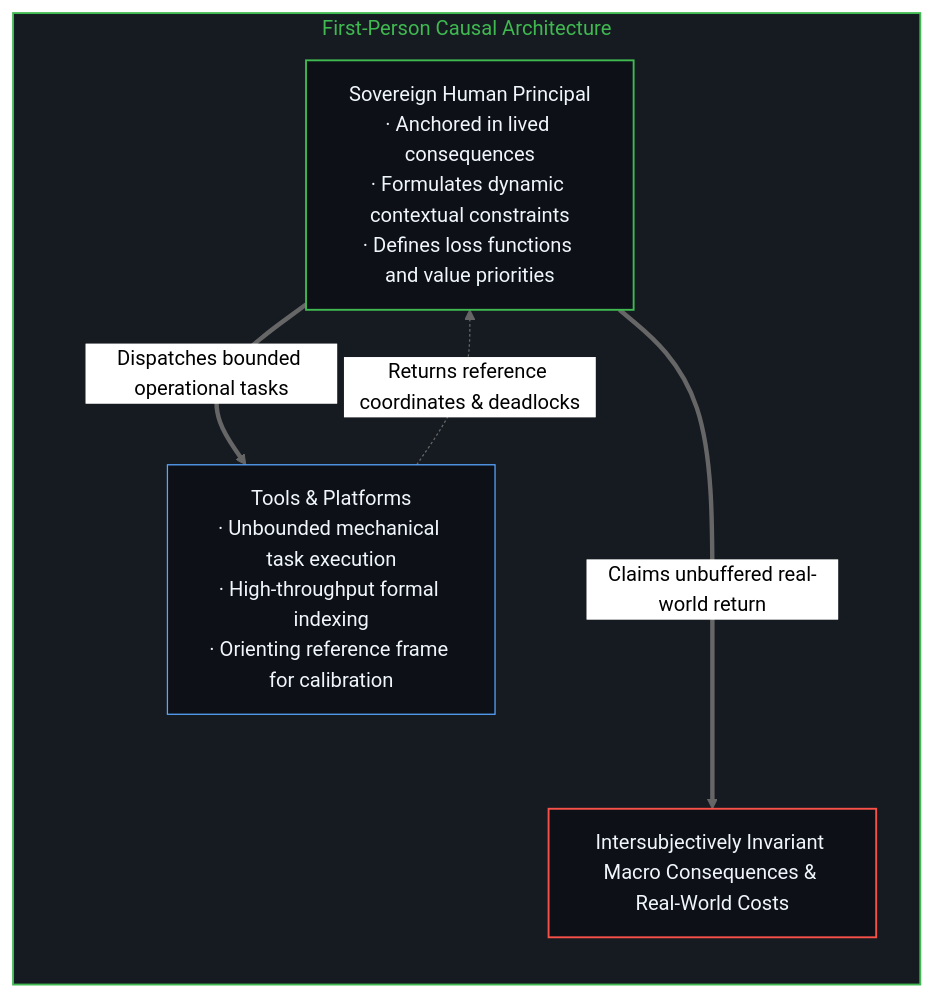
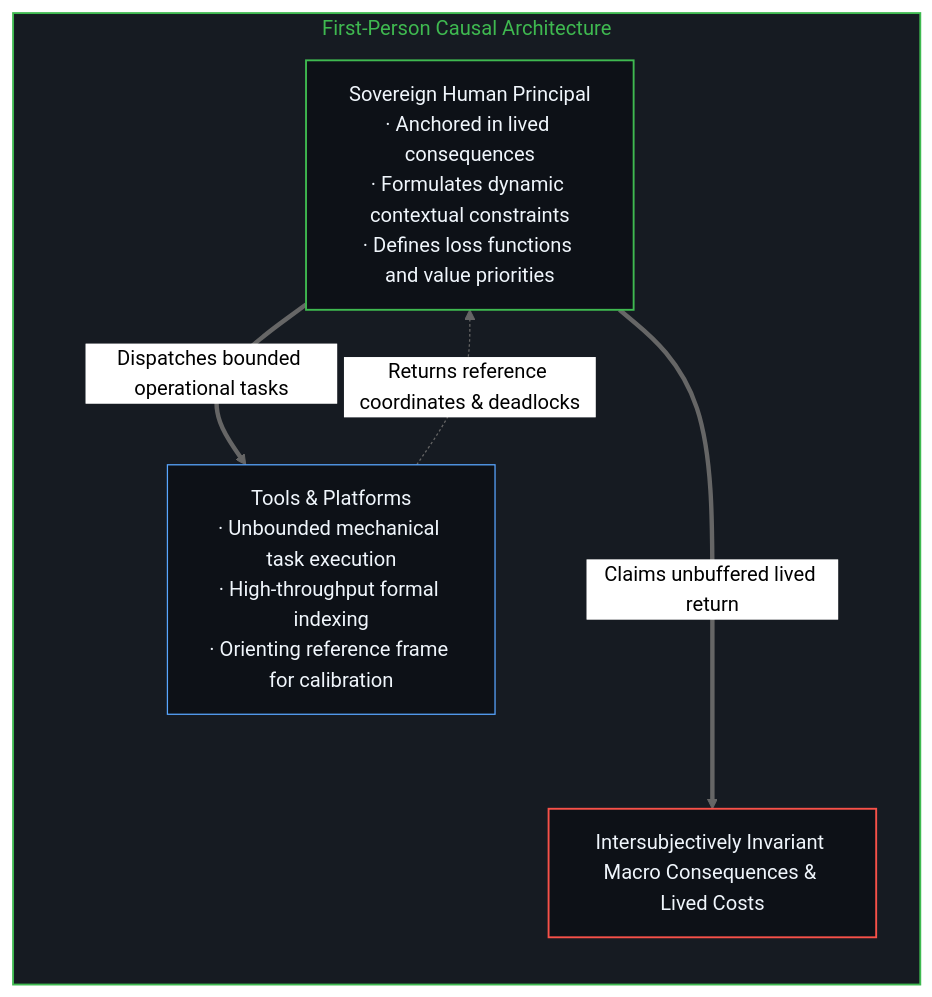
One commit to powerpig99/not-a-toe changed diagram 12 of 12 in content/posts/the-delegation-of-the-task-and-the-inalienability-of-consequences.md. Above: the diagram before and after it, drawn with Mermaid (neutral theme). The commit also changed other lines of this file and 21 other files, not shown here.

````diff
--- a/content/posts/the-delegation-of-the-task-and-the-inalienability-of-consequences.md
+++ b/content/posts/the-delegation-of-the-task-and-the-inalienability-of-consequences.md
@@ -385,15 +385,15 @@
 ```mermaid
 flowchart TD
     subgraph S_Hierarchy["First-Person Causal Architecture"]
         direction TB
         H["Sovereign Human Principal<br/>· Anchored in lived consequences<br/>· Formulates dynamic contextual constraints<br/>· Defines loss functions and value priorities"]
         T["Tools & Platforms<br/>· Unbounded mechanical task execution<br/>· High-throughput formal indexing<br/>· Orienting reference frame for calibration"]
         H ==>|"Dispatches bounded operational tasks"| T
         T -.->|"Returns reference coordinates & deadlocks"| H
-        H ===>|"Claims unbuffered real-world return"| R["Intersubjectively Invariant Macro Consequences & Real-World Costs"]
+        H ===>|"Claims unbuffered lived return"| R["Intersubjectively Invariant Macro Consequences & Lived Costs"]
     end
     style S_Hierarchy fill:#161b22,stroke:#3fb950,stroke-width:1.5px,color:#3fb950
     style H fill:#0d1117,stroke:#3fb950,stroke-width:1.5px,color:#f0f6fc
     style T fill:#0d1117,stroke:#58a6ff,stroke-width:1px,color:#f0f6fc
     style R fill:#0d1117,stroke:#f85149,stroke-width:1.5px,color:#f0f6fc
 ```
````
